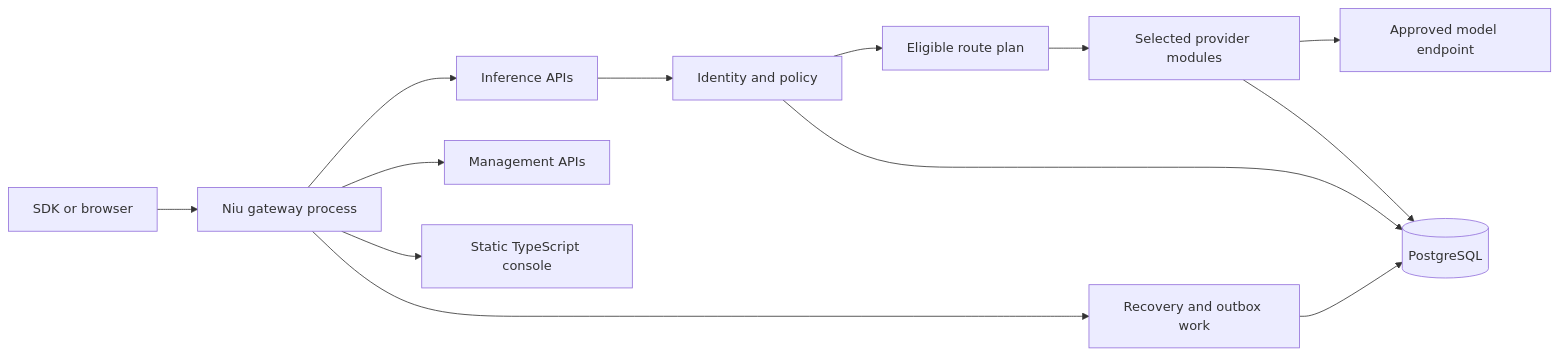
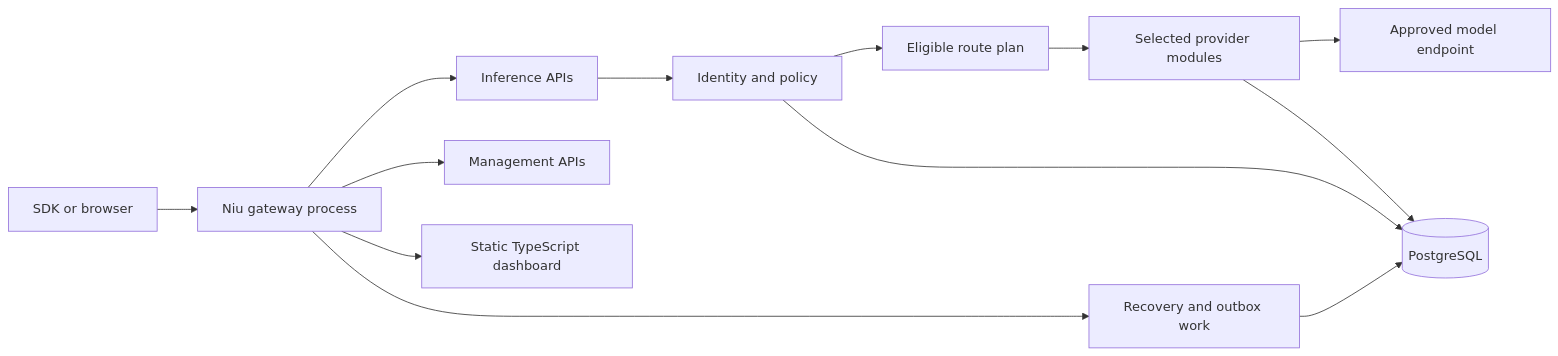
One commit to niu-io/niu changed the diagram in ARCHITECTURE.md. Above: the diagram before and after it, drawn with Mermaid. The commit also changed other lines of this file and 1066 other files, not shown here.

Commit message:
feat: deliver first-release gateway dashboard and business flows

````diff
--- a/ARCHITECTURE.md
+++ b/ARCHITECTURE.md
@@ -34,15 +34,15 @@
 ```mermaid
 flowchart LR
     Client[SDK or browser] --> App[Niu gateway process]
     App --> Inference[Inference APIs]
     App --> Management[Management APIs]
-    App --> Console[Static TypeScript console]
+    App --> Dashboard[Static TypeScript dashboard]
     App --> Worker[Recovery and outbox work]
     Inference --> Auth[Identity and policy]
     Auth --> Plan[Eligible route plan]
     Plan --> Provider[Selected provider modules]
     Provider --> Model[Approved model endpoint]
     Auth --> DB[(PostgreSQL)]
     Provider --> DB
     Worker --> DB
 ```
````
